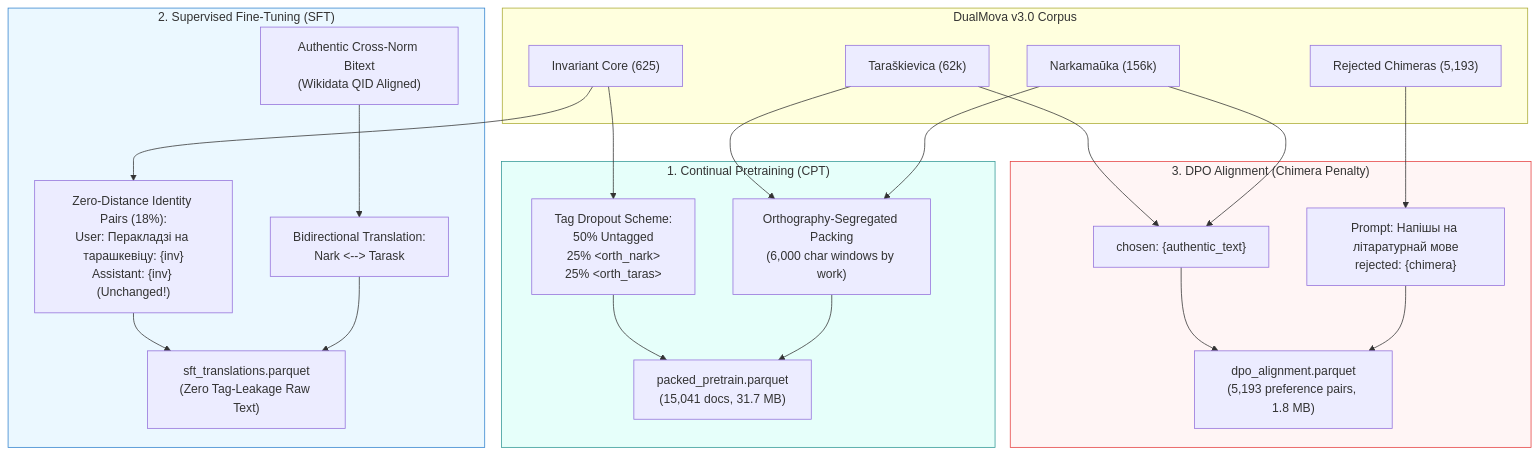
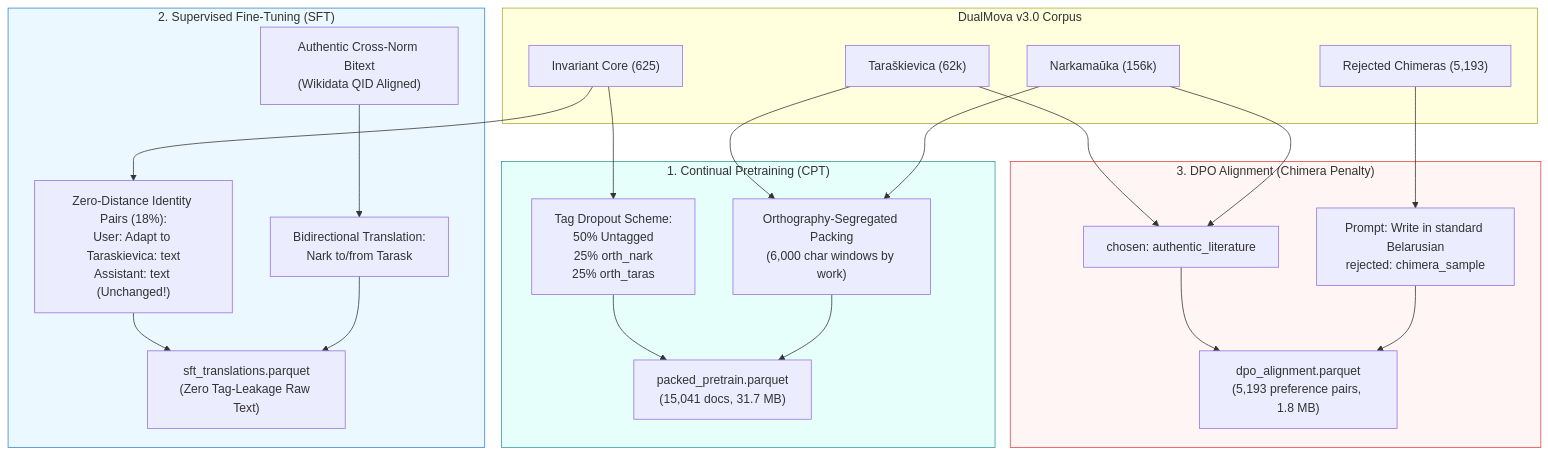
One commit to egraich/DualMova changed the fourth of 4 diagrams in docs/ARCHITECTURE.md. Above: the diagram before and after it, drawn with Mermaid. The commit also changed other lines of this file and 1 other file, not shown here.

First line of the commit message:
fix(docs): sanitize Mermaid diagram syntax for GitHub renderer

````diff
--- a/docs/ARCHITECTURE.md
+++ b/docs/ARCHITECTURE.md
@@ -219,31 +219,31 @@
 ```mermaid
 flowchart TD
     subgraph DataSplits["DualMova v3.0 Corpus"]
         Nark["Narkamaŭka (156k)"]
         Taras["Taraškievica (62k)"]
         Inv["Invariant Core (625)"]
         Chimera["Rejected Chimeras (5,193)"]
     end
 
     subgraph LLM_CPT["1. Continual Pretraining (CPT)"]
         Nark & Taras --> SectionPacking["Orthography-Segregated Packing<br/>(6,000 char windows by work)"]
-        Inv --> TagDropout["Tag Dropout Scheme:<br/>50% Untagged<br/>25% &lt;orth_nark&gt;<br/>25% &lt;orth_taras&gt;"]
+        Inv --> TagDropout["Tag Dropout Scheme:<br/>50% Untagged<br/>25% orth_nark<br/>25% orth_taras"]
         SectionPacking & TagDropout --> PackedOut["packed_pretrain.parquet<br/>(15,041 docs, 31.7 MB)"]
     end
 
     subgraph LLM_SFT["2. Supervised Fine-Tuning (SFT)"]
-        Pairs["Authentic Cross-Norm Bitext<br/>(Wikidata QID Aligned)"] --> TransDialogues["Bidirectional Translation:<br/>Nark <--> Tarask"]
-        Inv --> ZeroDist["Zero-Distance Identity Pairs (18%):<br/>User: Перакладзі на тарашкевіцу: {inv}<br/>Assistant: {inv} (Unchanged!)"]
+        Pairs["Authentic Cross-Norm Bitext<br/>(Wikidata QID Aligned)"] --> TransDialogues["Bidirectional Translation:<br/>Nark to/from Tarask"]
+        Inv --> ZeroDist["Zero-Distance Identity Pairs (18%):<br/>User: Adapt to Taraskievica: text<br/>Assistant: text (Unchanged!)"]
         TransDialogues & ZeroDist --> SFTOut["sft_translations.parquet<br/>(Zero Tag-Leakage Raw Text)"]
     end
 
     subgraph LLM_DPO["3. DPO Alignment (Chimera Penalty)"]
-        Chimera --> NegPrompt["Prompt: Напішы на літаратурнай мове<br/>rejected: {chimera}"]
-        Nark & Taras --> PosPrompt["chosen: {authentic_text}"]
+        Chimera --> NegPrompt["Prompt: Write in standard Belarusian<br/>rejected: chimera_sample"]
+        Nark & Taras --> PosPrompt["chosen: authentic_literature"]
         NegPrompt & PosPrompt --> DPOOut["dpo_alignment.parquet<br/>(5,193 preference pairs, 1.8 MB)"]
     end
 
     style LLM_CPT fill:#e6fffa,stroke:#319795,stroke-width:1px
     style LLM_SFT fill:#ebf8ff,stroke:#3182ce,stroke-width:1px
     style LLM_DPO fill:#fff5f5,stroke:#e53e3e,stroke-width:1px
 ```
````
